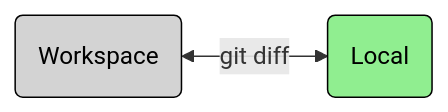
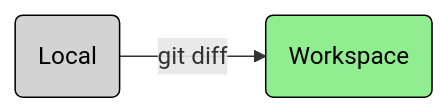
The fifth of 19 diagrams in slides-git-quarto/slides-training.qmd (umr-marbec/git-training), drawn with Mermaid before and after one commit. The commit also changed other lines of this file and 1 other file, not shown here.

````diff
--- a/slides-git-quarto/slides-training.qmd
+++ b/slides-git-quarto/slides-training.qmd
@@ -201,13 +193,13 @@
 ```{mermaid}
 %%| fig-width: 10.5
 %%| fig-height: 1
 flowchart LR  
-  idw(Workspace) <-->|git diff| idl(Local)
+  idw(Local) -->|git diff| idl(Workspace)
 classDef workspace fill:lightgray,stroke:black,color:black
 classDef index fill:lightblue,stroke:black,color:black
 classDef local fill:lightgreen,stroke:black,color:black
 classDef remote fill:yellow,stroke:black,color:black
 
 class idw workspace;
 class idl local;
 ```
````
